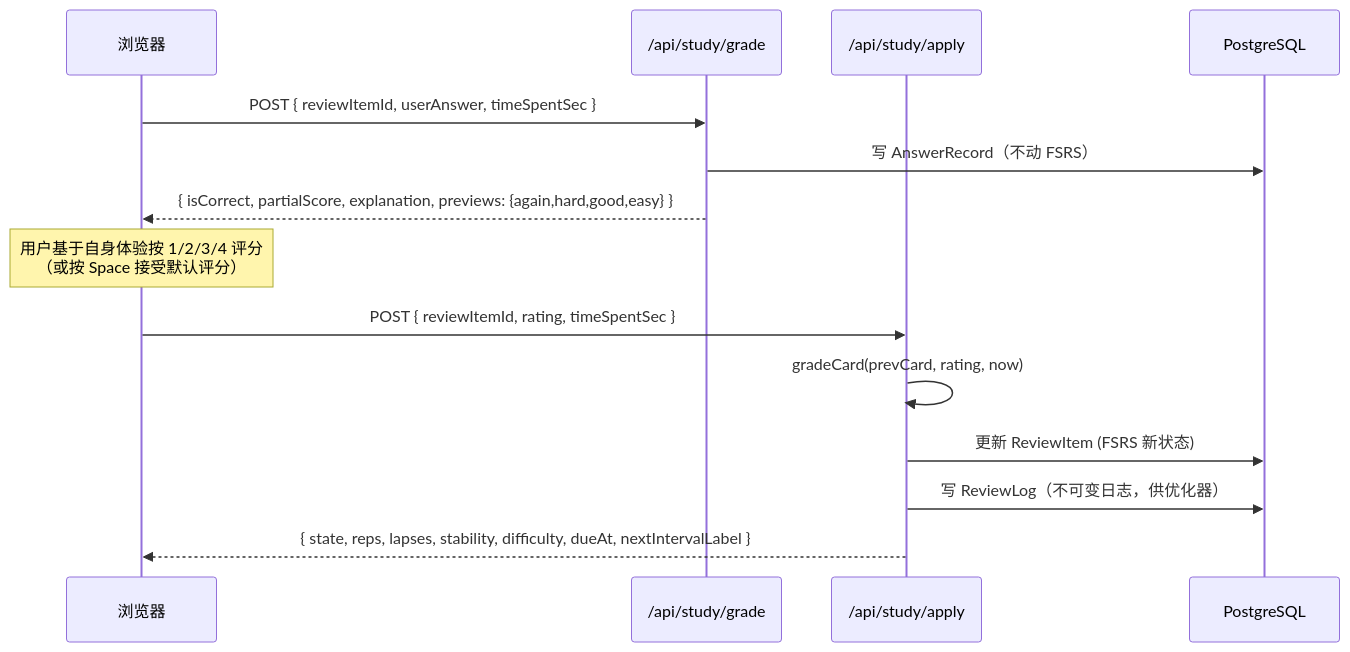
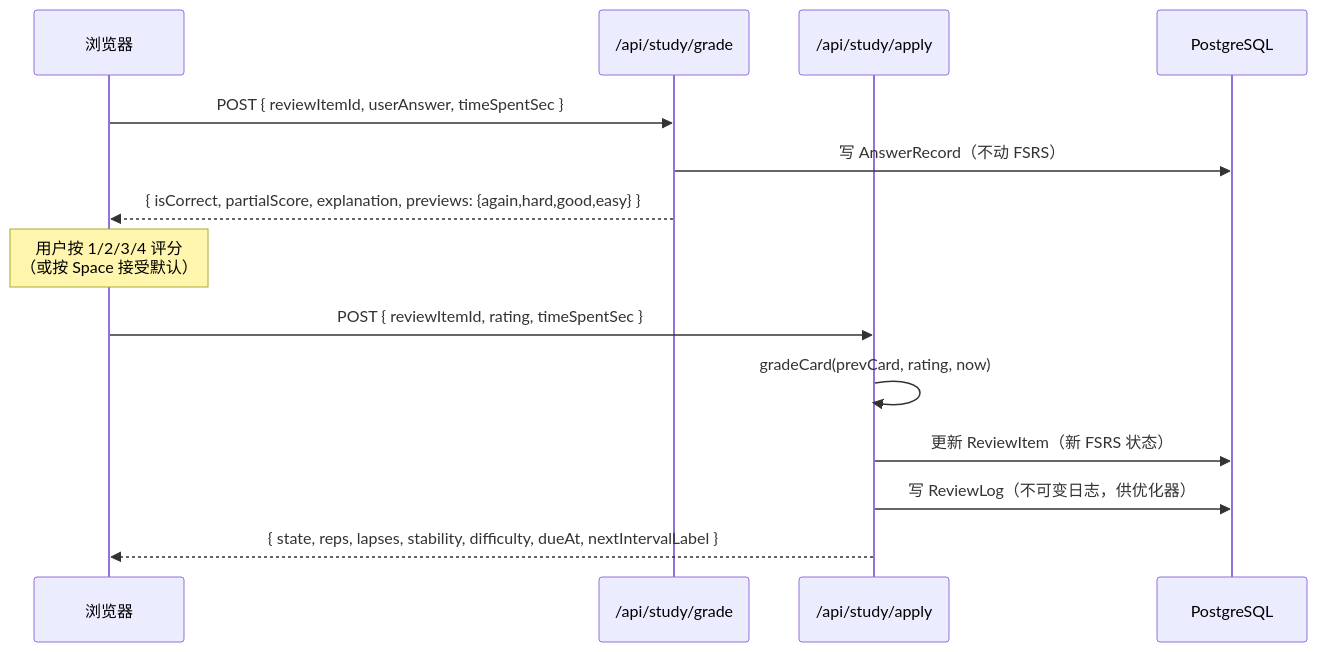
Before and after one commit to weed33834/compass: the first of 3 diagrams in README.zh.md, drawn with Mermaid. The commit also changed other lines of this file and 5 other files, not shown here.

````diff
--- a/README.zh.md
+++ b/README.zh.md
@@ -88,19 +124,19 @@
 ```mermaid
 sequenceDiagram
     participant U as 浏览器
     participant G as /api/study/grade
     participant A as /api/study/apply
     participant DB as PostgreSQL
 
     U->>G: POST { reviewItemId, userAnswer, timeSpentSec }
     G->>DB: 写 AnswerRecord（不动 FSRS）
     G-->>U: { isCorrect, partialScore, explanation, previews: {again,hard,good,easy} }
 
-    Note over U: 用户基于自身体验按 1/2/3/4 评分<br/>（或按 Space 接受默认评分）
+    Note over U: 用户按 1/2/3/4 评分<br/>（或按 Space 接受默认）
 
     U->>A: POST { reviewItemId, rating, timeSpentSec }
     A->>A: gradeCard(prevCard, rating, now)
-    A->>DB: 更新 ReviewItem (FSRS 新状态)
+    A->>DB: 更新 ReviewItem（新 FSRS 状态）
     A->>DB: 写 ReviewLog（不可变日志，供优化器）
     A-->>U: { state, reps, lapses, stability, difficulty, dueAt, nextIntervalLabel }
 ```
````
